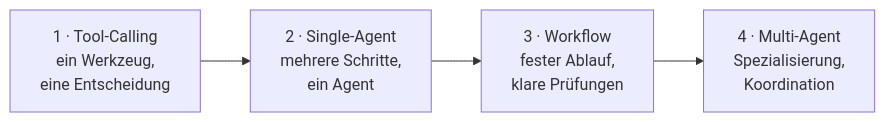
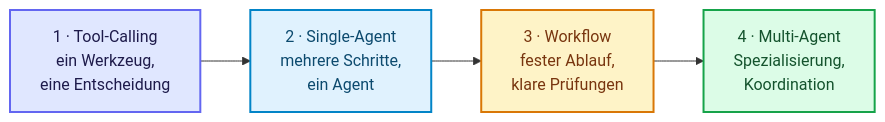
The first of 7 diagrams in docs/04-agenten-implementierung/entwurf/agent-architekturen.md (ralf-42/Agenten), drawn with Mermaid before and after one commit. The commit also changed other lines of this file and 18 other files, not shown here.

````diff
--- a/docs/04-agenten-implementierung/entwurf/agent-architekturen.md
+++ b/docs/04-agenten-implementierung/entwurf/agent-architekturen.md
@@ -59,6 +59,15 @@
 ```mermaid
 flowchart LR
     A["1 · Tool-Calling<br/>ein Werkzeug,<br/>eine Entscheidung"] --> B["2 · Single-Agent<br/>mehrere Schritte,<br/>ein Agent"]
     B --> C["3 · Workflow<br/>fester Ablauf,<br/>klare Prüfungen"]
     C --> D["4 · Multi-Agent<br/>Spezialisierung,<br/>Koordination"]
+
+    classDef default fill:#e0f2fe,stroke:#0284c7,stroke-width:2px,color:#0c4a6e;
+    classDef input fill:#e0e7ff,stroke:#6366f1,stroke-width:2px,color:#1e1b4b;
+    classDef metric fill:#fef3c7,stroke:#d97706,stroke-width:2px,color:#78350f;
+    classDef output fill:#dcfce7,stroke:#16a34a,stroke-width:2px,color:#14532d;
+
+    class A input;
+    class C metric;
+    class D output;
 ```
````
